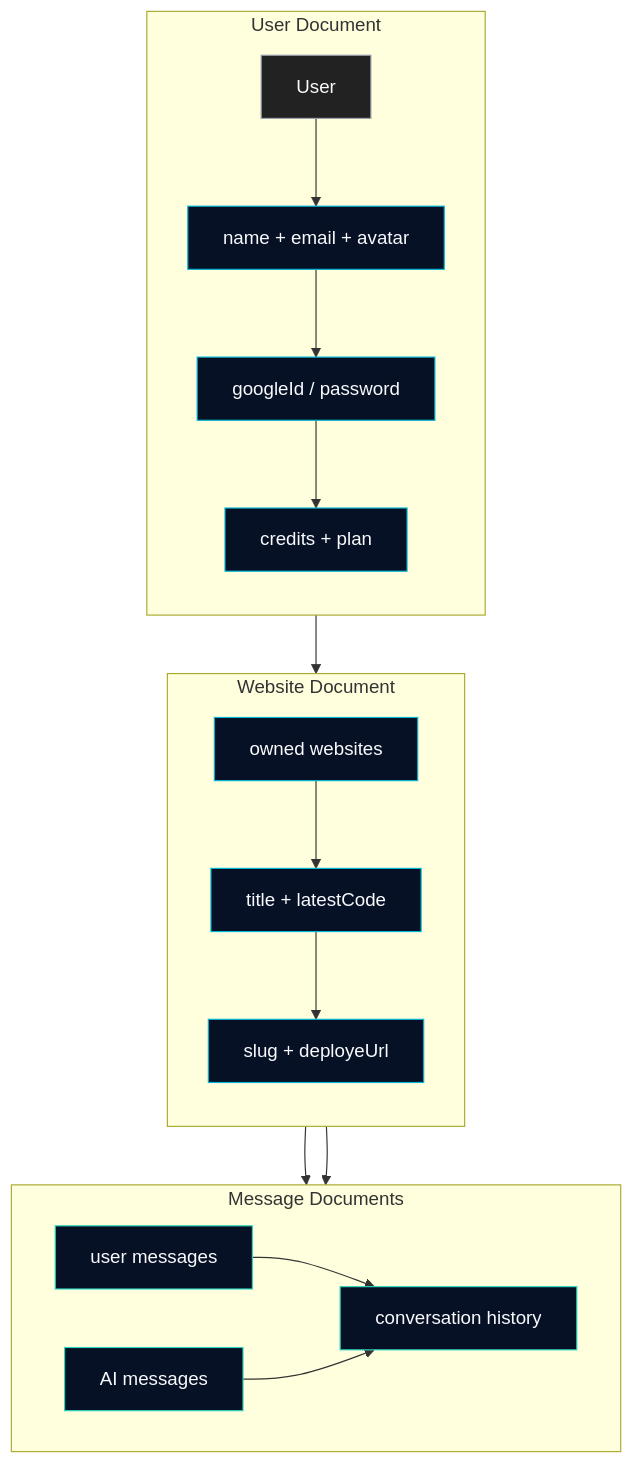
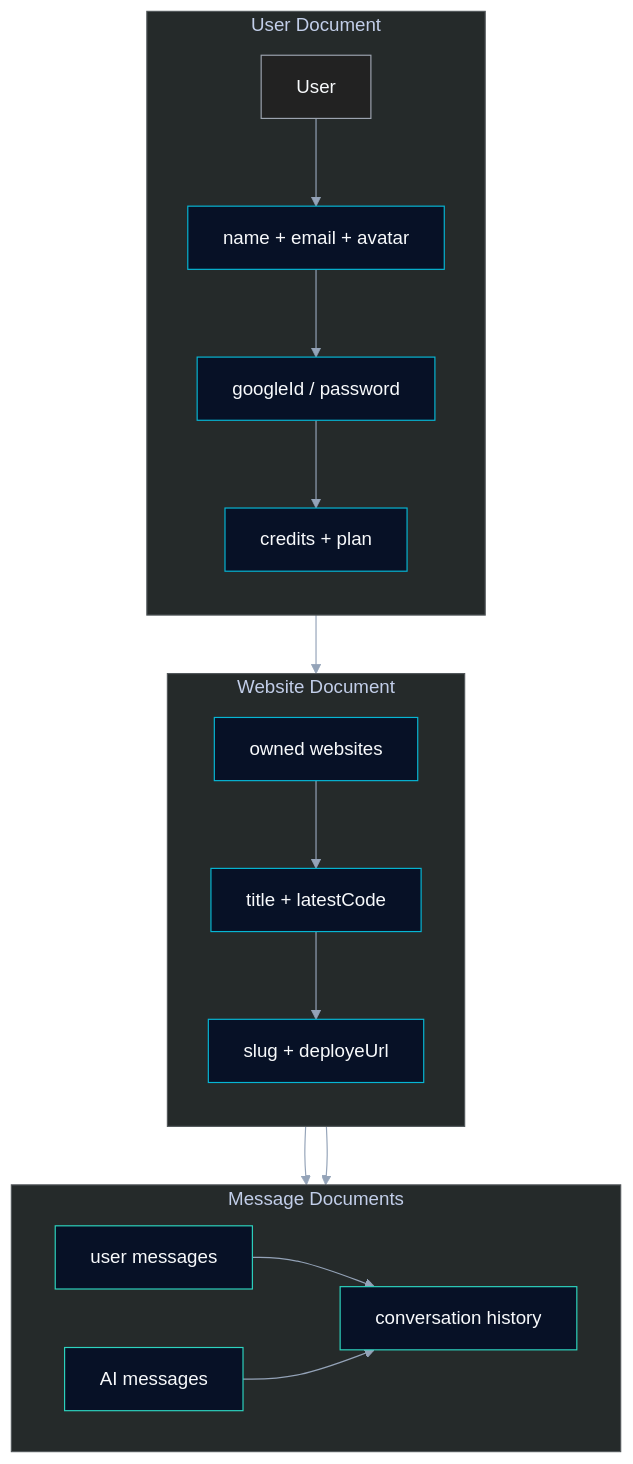
Before and after one commit to ParthPipermintwala/prompt2site: the fifth of 6 diagrams in README.md, drawn with Mermaid. The commit also changed other lines of this file and 1 other file, not shown here.

````diff
--- a/README.md
+++ b/README.md
@@ -364,34 +368,35 @@
 ```mermaid
+%%{init: {'theme': 'base', 'themeVariables': { 'background': '#0b0f19', 'primaryColor': '#0f172a', 'primaryTextColor': '#e2e8f0', 'primaryBorderColor': '#22d3ee', 'lineColor': '#94a3b8', 'clusterBkg': '#252a2a', 'clusterBorder': '#52575a', 'fontFamily': 'Inter, ui-sans-serif, system-ui' }}}%%
 flowchart TD
   A["User"]
 
   subgraph USER["User Document"]
     direction TB
     A --> B["name + email + avatar"]
     B --> C["googleId / password"]
     C --> D["credits + plan"]
   end
 
   subgraph WEBSITE["Website Document"]
     direction TB
     A --> E["owned websites"]
     E --> F["title + latestCode"]
     F --> G["slug + deployeUrl"]
   end
 
   subgraph MESSAGE["Message Documents"]
     direction LR
     F --> H["user messages"]
     F --> I["AI messages"]
     H --> J["conversation history"]
     I --> J
   end
 
   classDef input fill:#222222,stroke:#9ca3af,color:#f8fafc,stroke-width:1px;
   classDef core fill:#071126,stroke:#06b6d4,color:#f8fafc,stroke-width:1px;
   classDef output fill:#071126,stroke:#2dd4bf,color:#f8fafc,stroke-width:1px;
 
   class A input;
   class B,C,D,E,F,G core;
   class H,I,J output;
 ```
````
